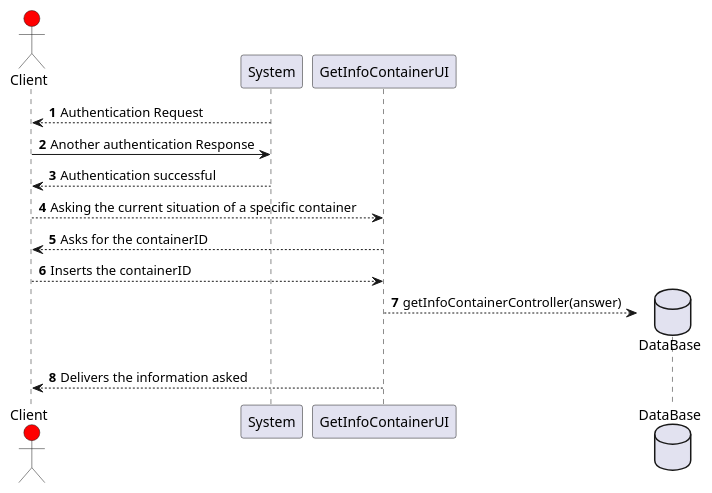
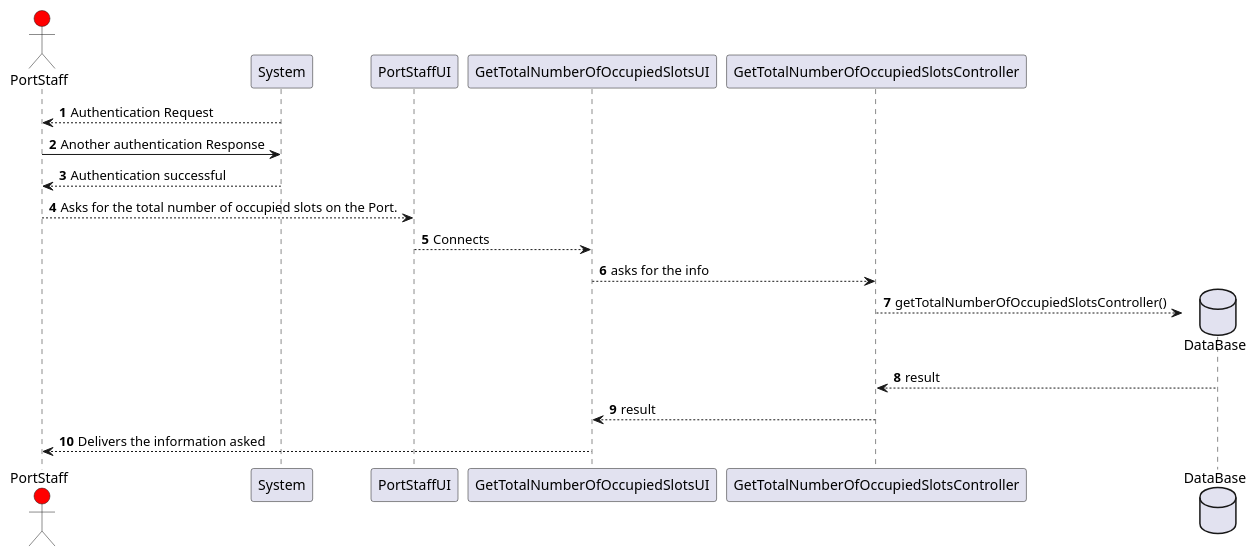
The diagram in Docs/Sprint3/US316/sd.puml (LourencoMelo/ISEP-LAPR3-ESINF), drawn with PlantUML before and after one commit. The commit also changed 12 other files, not shown here.

```diff
--- a/Docs/Sprint3/US316/sd.puml
+++ b/Docs/Sprint3/US316/sd.puml
@@ -1,17 +1,19 @@
 @startuml
 
 autonumber
 
-actor Client #red
+actor PortStaff #red
 
-System --> Client: Authentication Request
-Client -> System : Another authentication Response
-System --> Client : Authentication successful
-Client --> GetInfoContainerUI : Asking the current situation of a specific container
-GetInfoContainerUI --> Client : Asks for the containerID
-Client --> GetInfoContainerUI : Inserts the containerID
+System --> PortStaff: Authentication Request
+PortStaff -> System : Another authentication Response
+System --> PortStaff : Authentication successful
+PortStaff --> PortStaffUI : Asks for the total number of occupied slots on the Port.
+PortStaffUI --> GetTotalNumberOfOccupiedSlotsUI : Connects
+GetTotalNumberOfOccupiedSlotsUI --> GetTotalNumberOfOccupiedSlotsController : asks for the info
 database       "DataBase"              as db
-GetInfoContainerUI --> db** : getInfoContainerController(answer)
-GetInfoContainerUI --> Client : Delivers the information asked
+GetTotalNumberOfOccupiedSlotsController --> db** : getTotalNumberOfOccupiedSlotsController()
+db --> GetTotalNumberOfOccupiedSlotsController : result
+GetTotalNumberOfOccupiedSlotsController --> GetTotalNumberOfOccupiedSlotsUI : result
+GetTotalNumberOfOccupiedSlotsUI --> PortStaff : Delivers the information asked
 
 @enduml
```
